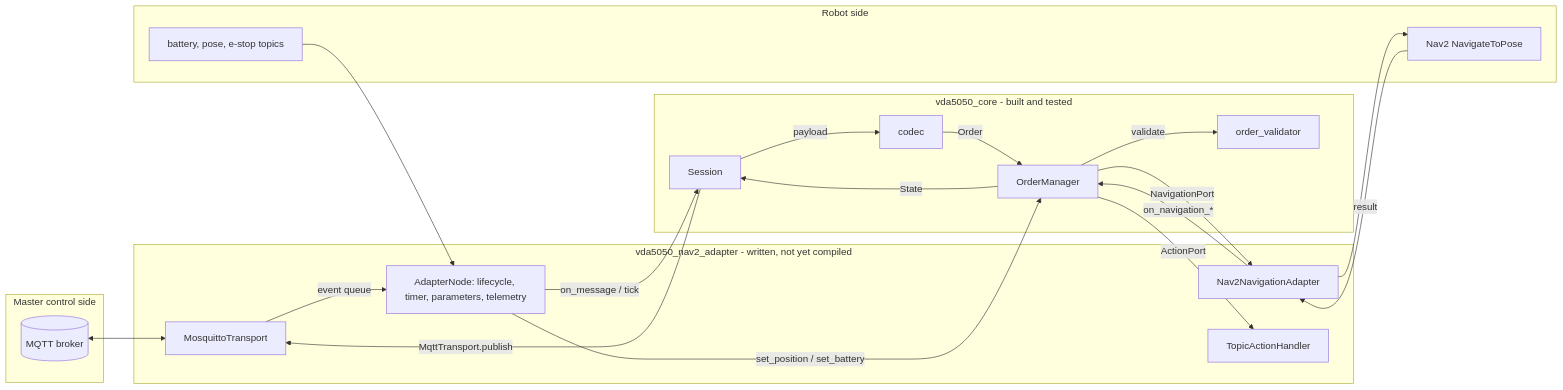
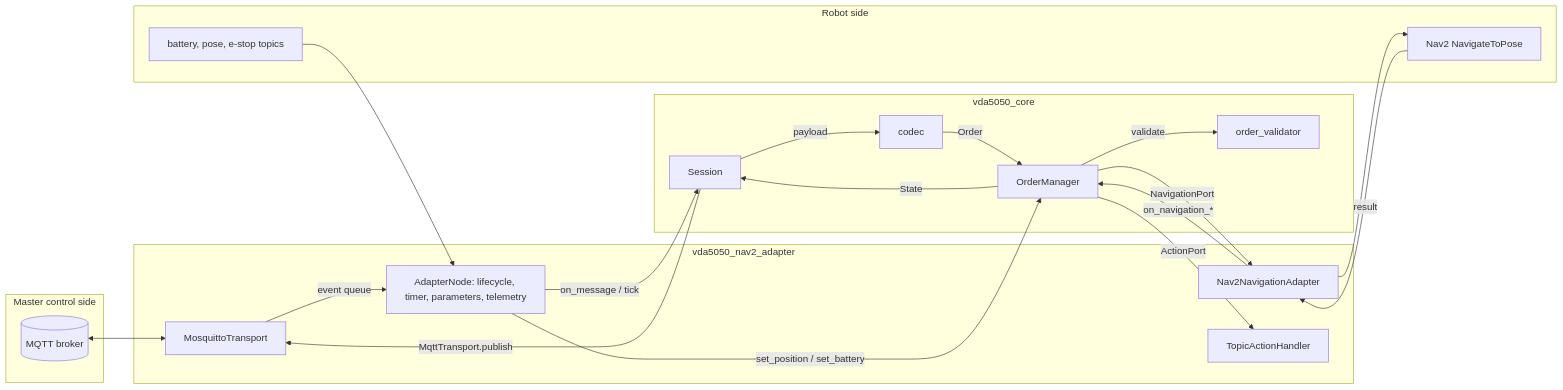
Before and after one commit to KazmirFahrier/vda5050_bridge: the first of 3 diagrams in docs/architecture.md, drawn with Mermaid. The commit also changed other lines of this file and 7 other files, not shown here.

````diff
--- a/docs/architecture.md
+++ b/docs/architecture.md
@@ -15,32 +15,32 @@
 ```mermaid
 flowchart LR
     subgraph outside1 [Master control side]
         MQTT[(MQTT broker)]
     end
-    subgraph adapter [vda5050_nav2_adapter - written, not yet compiled]
+    subgraph adapter [vda5050_nav2_adapter]
         T[MosquittoTransport]
         N[Nav2NavigationAdapter]
         A[TopicActionHandler]
         L[AdapterNode: lifecycle, timer, parameters, telemetry]
     end
-    subgraph core [vda5050_core - built and tested]
+    subgraph core [vda5050_core]
         S[Session]
         C[codec]
         V[order_validator]
         OM[OrderManager]
     end
     subgraph outside2 [Robot side]
         NAV[Nav2 NavigateToPose]
         ROB[battery, pose, e-stop topics]
     end
     MQTT <--> T
     T -- event queue --> L -- on_message / tick --> S
     S -- MqttTransport.publish --> T
     S -- payload --> C -- Order --> OM
     OM -- validate --> V
     OM -- State --> S
     OM -- NavigationPort --> N --> NAV
     OM -- ActionPort --> A
     NAV -- result --> N -- on_navigation_* --> OM
     ROB --> L -- set_position / set_battery --> OM
 ```
````
